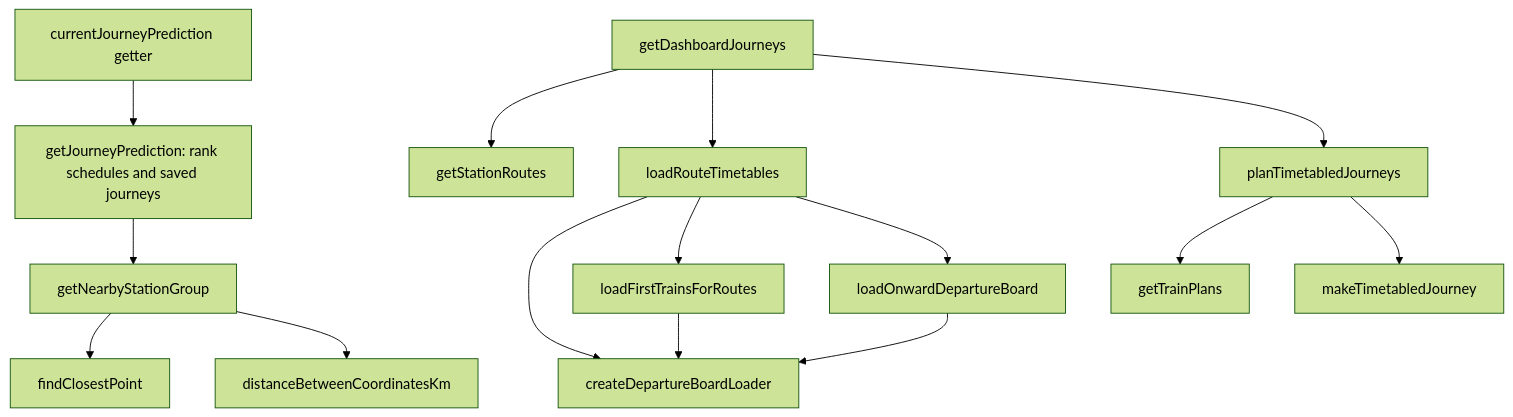
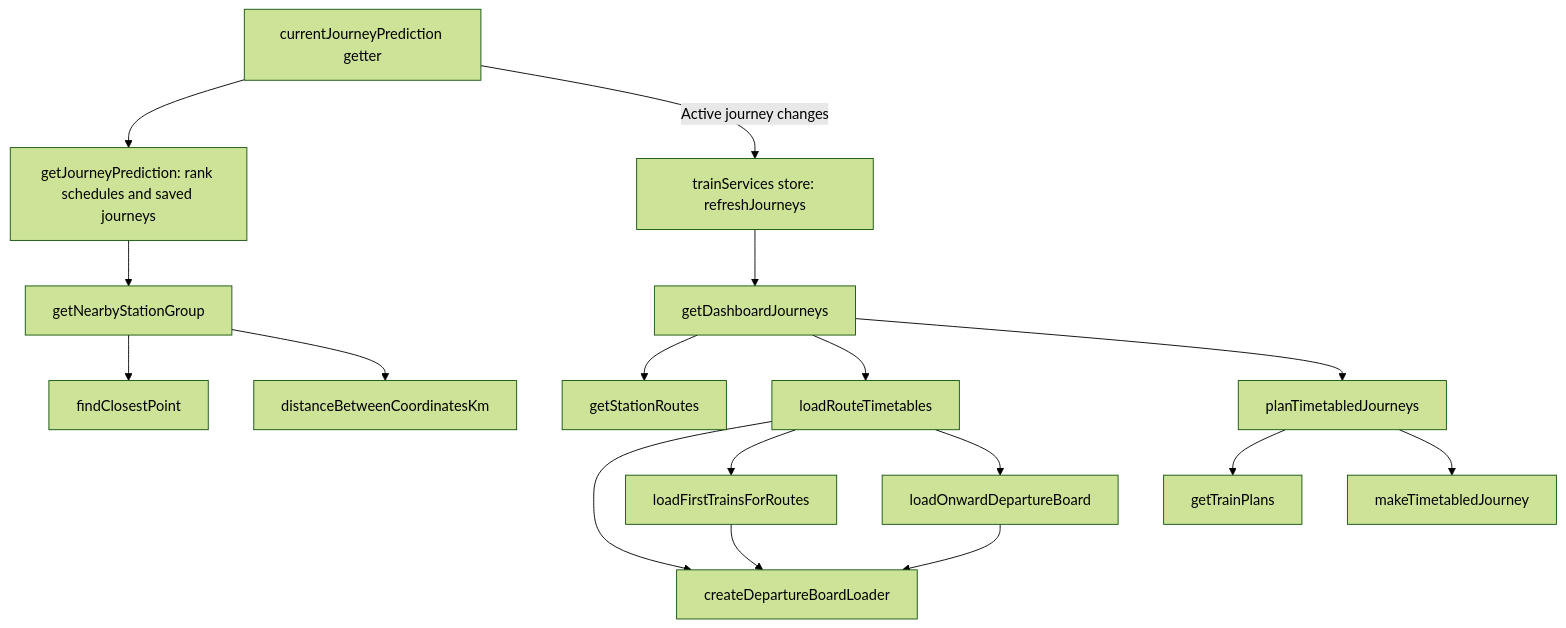
One commit to nd9600/trainDashboard changed the second of 5 diagrams in docs/journey-planning.md. Above: the diagram before and after it, drawn with Mermaid (forest theme). The commit also changed other lines of this file and 2 other files, not shown here.

````diff
--- a/docs/journey-planning.md
+++ b/docs/journey-planning.md
@@ -41,30 +41,33 @@
 ```mermaid
 flowchart TD
     selection[currentJourneyPrediction getter]
     prediction[getJourneyPrediction: rank schedules and saved journeys]
     nearby[getNearbyStationGroup]
+    refresh[trainServices store: refreshJourneys]
     dashboard[getDashboardJourneys]
     routes[getStationRoutes]
     load[loadRouteTimetables]
     requests[createDepartureBoardLoader]
     first[loadFirstTrainsForRoutes]
     onward[loadOnwardDepartureBoard]
     plan[planTimetabledJourneys]
     trainPlans[getTrainPlans]
     make[makeTimetabledJourney]
 
     selection --> prediction
     prediction --> nearby
     nearby --> closest[findClosestPoint]
     nearby --> distance[distanceBetweenCoordinatesKm]
+    selection -->|Active journey changes| refresh
+    refresh --> dashboard
     dashboard --> routes
     dashboard --> load
     load --> requests
     load --> first
     load --> onward
     first --> requests
     onward --> requests
     dashboard --> plan
     plan --> trainPlans
     plan --> make
 ```
````
